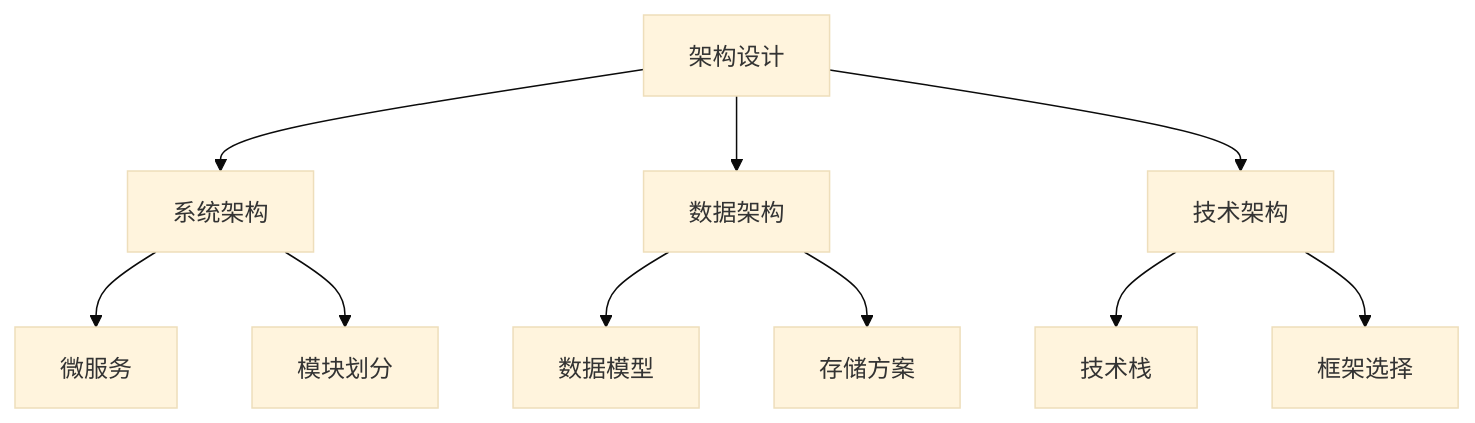
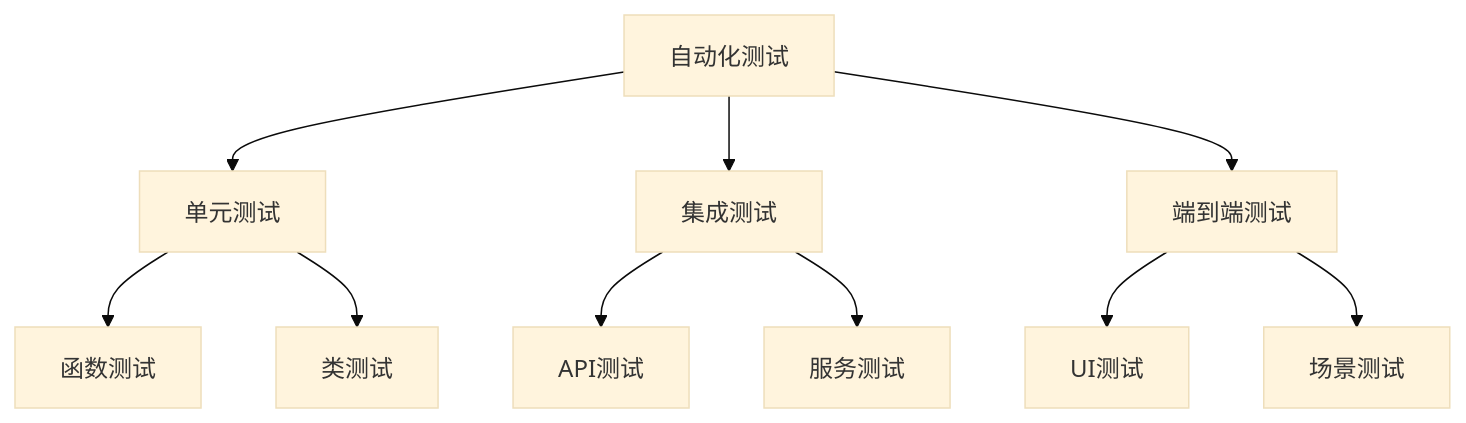
One commit to wutongci/cursor-courses changed the fifth of 8 diagrams in base/第五章-开发流程与实践指南.md. Above: the diagram before and after it, drawn with Mermaid (base theme). The commit also changed other lines of this file and 9 other files, not shown here.

````diff
--- a/base/第五章-开发流程与实践指南.md
+++ b/base/第五章-开发流程与实践指南.md
@@ -56,15 +197,15 @@
 ```mermaid
 graph TD
-    A[架构设计] --> B[系统架构]
-    A --> C[数据架构]
-    A --> D[技术架构]
+    A[自动化测试] --> B[单元测试]
+    A --> C[集成测试]
+    A --> D[端到端测试]
     
-    B --> E[微服务]
-    B --> F[模块划分]
+    B --> E[函数测试]
+    B --> F[类测试]
     
-    C --> G[数据模型]
-    C --> H[存储方案]
+    C --> G[API测试]
+    C --> H[服务测试]
     
-    D --> I[技术栈]
-    D --> J[框架选择]
+    D --> I[UI测试]
+    D --> J[场景测试]
 ```
````
